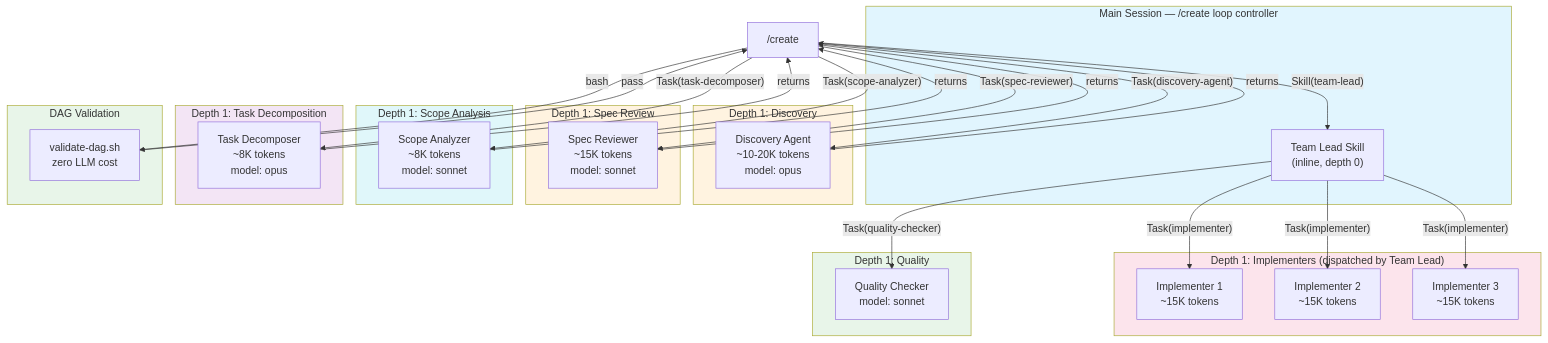
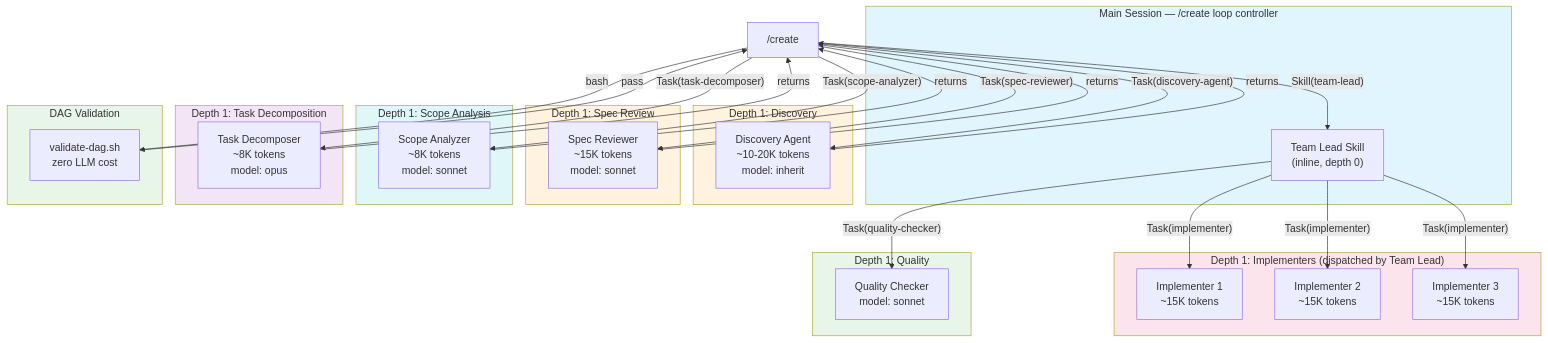
Before and after one commit to Zxela/claude-create: the third of 5 diagrams in diagrams/architecture.md, drawn with Mermaid. The commit also changed other lines of this file and 8 other files, not shown here.

````diff
--- a/diagrams/architecture.md
+++ b/diagrams/architecture.md
@@ -123,62 +130,62 @@
 ```mermaid
 graph TB
     subgraph Main["Main Session — /create loop controller"]
         Entry["/create"]
         TeamLead["Team Lead Skill<br/>(inline, depth 0)"]
     end
 
     subgraph Depth1_Discovery["Depth 1: Discovery"]
-        D[Discovery Agent<br/>~10-20K tokens<br/>model: opus]
+        D[Discovery Agent<br/>~10-20K tokens<br/>model: inherit]
     end
 
     subgraph Depth1_SpecReview["Depth 1: Spec Review"]
         SR[Spec Reviewer<br/>~15K tokens<br/>model: sonnet]
     end
 
     subgraph Depth1_Scope["Depth 1: Scope Analysis"]
         SA[Scope Analyzer<br/>~8K tokens<br/>model: sonnet]
     end
 
     subgraph Depth1_Decomp["Depth 1: Task Decomposition"]
         TD[Task Decomposer<br/>~8K tokens<br/>model: opus]
     end
 
     subgraph Bash_Validate["DAG Validation"]
         VD[validate-dag.sh<br/>zero LLM cost]
     end
 
     subgraph Depth1_Impl["Depth 1: Implementers (dispatched by Team Lead)"]
         I1[Implementer 1<br/>~15K tokens]
         I2[Implementer 2<br/>~15K tokens]
         I3[Implementer 3<br/>~15K tokens]
     end
 
     subgraph Depth1_QC["Depth 1: Quality"]
         QC[Quality Checker<br/>model: sonnet]
     end
 
     Entry -->|"Task(discovery-agent)"| D
     D -->|"returns"| Entry
     Entry -->|"Task(spec-reviewer)"| SR
     SR -->|"returns"| Entry
     Entry -->|"Task(scope-analyzer)"| SA
     SA -->|"returns"| Entry
     Entry -->|"Task(task-decomposer)"| TD
     TD -->|"returns"| Entry
     Entry -->|"bash"| VD
     VD -->|"pass"| Entry
     Entry -->|"Skill(team-lead)"| TeamLead
     TeamLead -->|"Task(implementer)"| I1
     TeamLead -->|"Task(implementer)"| I2
     TeamLead -->|"Task(implementer)"| I3
     TeamLead -->|"Task(quality-checker)"| QC
 
     style Main fill:#e1f5fe
     style Depth1_Discovery fill:#fff3e0
     style Depth1_SpecReview fill:#fff3e0
     style Depth1_Scope fill:#e0f7fa
     style Depth1_Decomp fill:#f3e5f5
     style Bash_Validate fill:#e8f5e9
     style Depth1_Impl fill:#fce4ec
     style Depth1_QC fill:#e8f5e9
 ```
````
